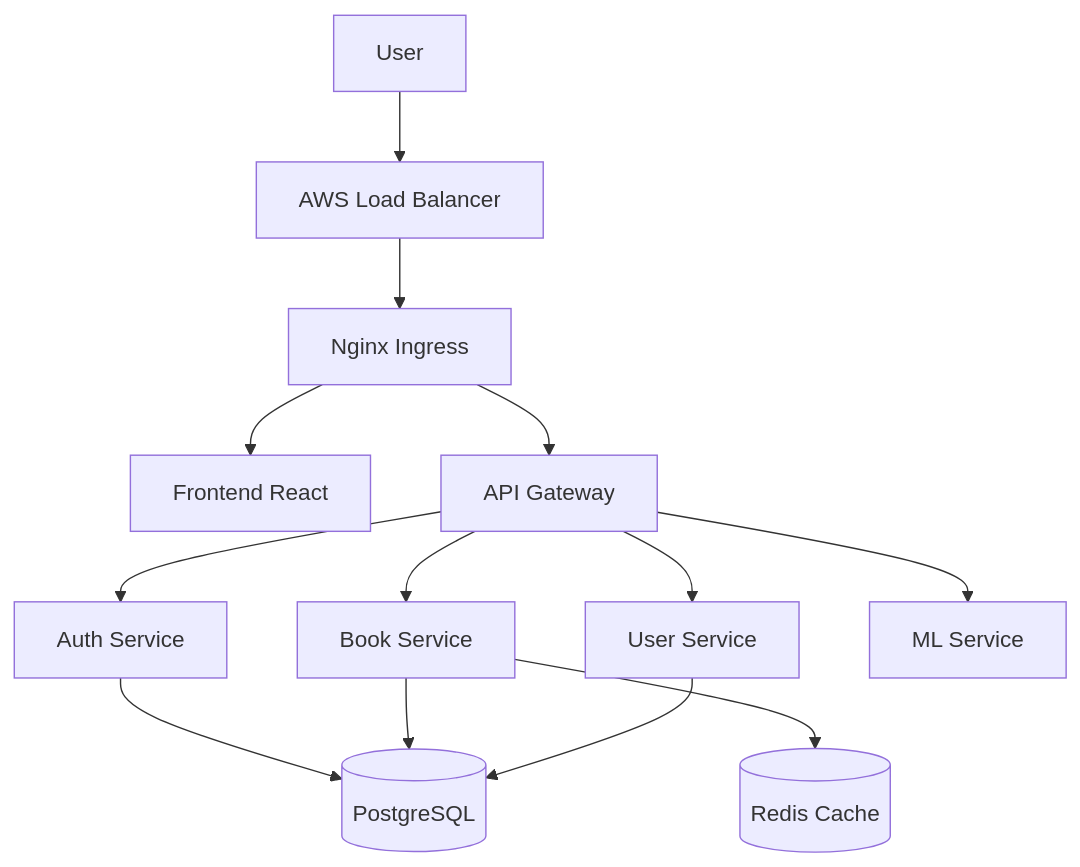
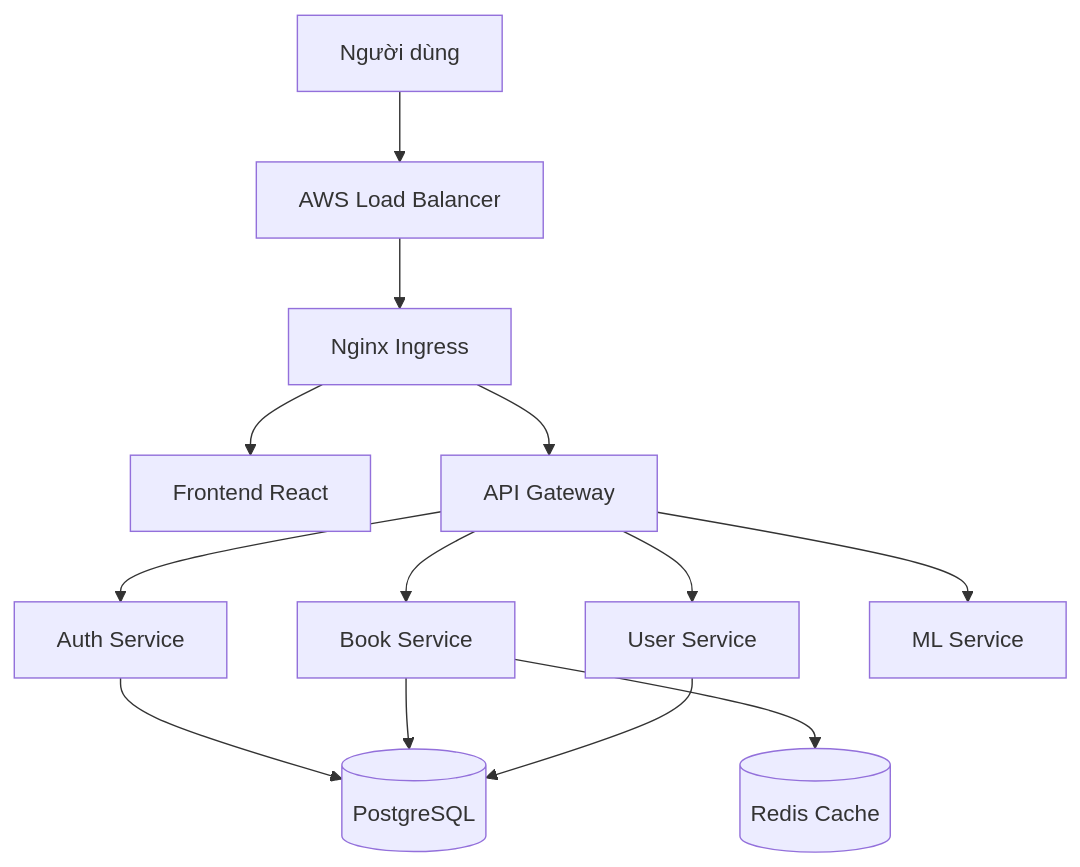
One commit to votrung654/EShelf changed the diagram in README.md. Above: the diagram before and after it, drawn with Mermaid. The commit also changed other lines of this file, not shown here.

````diff
--- a/README.md
+++ b/README.md
@@ -21,15 +21,15 @@
 ```mermaid
 graph TD
-    User[User] --> ALB[AWS Load Balancer]
+    User[Người dùng] --> ALB[AWS Load Balancer]
     ALB --> Ingress[Nginx Ingress]
     Ingress --> Frontend[Frontend React]
     Ingress --> API[API Gateway]
     
     API --> Auth[Auth Service]
     API --> Book[Book Service]
     API --> UserSvc[User Service]
     API --> ML[ML Service]
     
     Auth & Book & UserSvc --> DB[(PostgreSQL)]
     Book --> Redis[(Redis Cache)]
 ```
````
